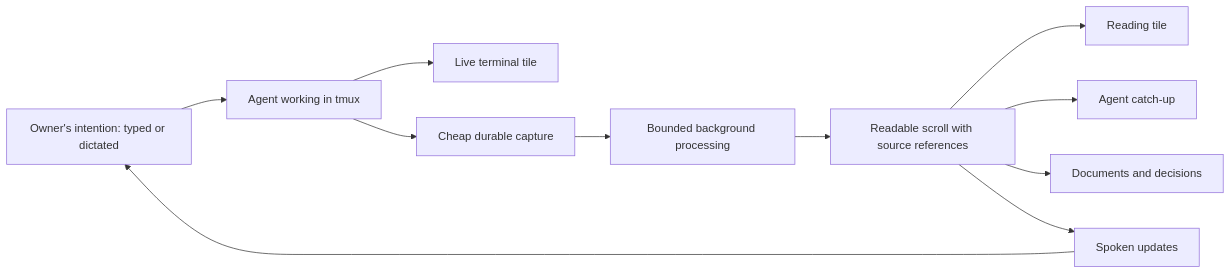
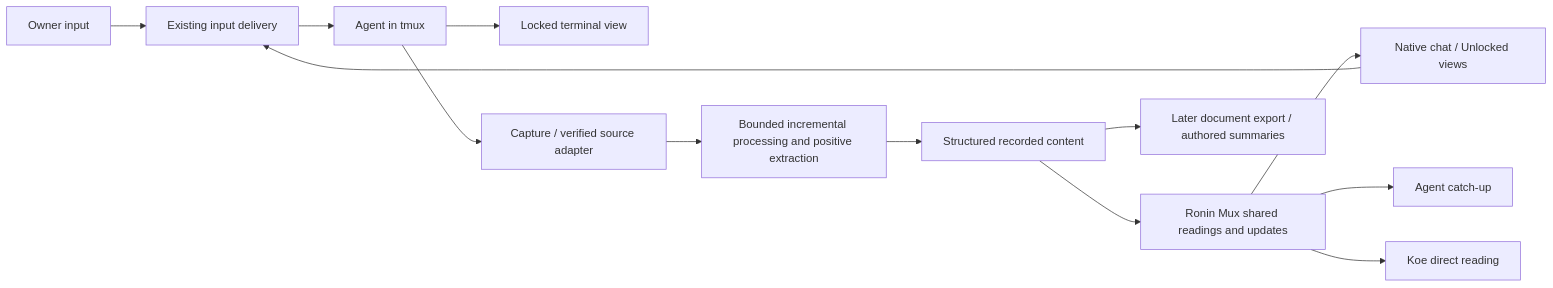
One commit to danich786/ronin-cowork changed the diagram in docs/tmux-content-strategy.md. Above: the diagram before and after it, drawn with Mermaid. The commit also changed other lines of this file and 1 other file, not shown here.

Commit message:
docs: consolidate Ronin Mux and recording end-to-end plan

````diff
--- a/docs/tmux-content-strategy.md
+++ b/docs/tmux-content-strategy.md
@@ -22,13 +44,15 @@
 ```mermaid
 flowchart LR
-  I[Owner's intention: typed or dictated] --> A[Agent working in tmux]
-  A --> L[Live terminal tile]
-  A --> R[Cheap durable capture]
-  R --> P[Bounded background processing]
-  P --> S[Readable scroll with source references]
-  S --> T[Reading tile]
-  S --> C[Agent catch-up]
-  S --> D[Documents and decisions]
-  S --> V[Spoken updates]
-  V --> I
+  I[Owner input] --> D[Existing input delivery]
+  D --> A[Agent in tmux]
+  A --> L[Locked terminal view]
+  A --> R[Capture / verified source adapter]
+  R --> P[Bounded incremental processing and positive extraction]
+  P --> S[Structured recorded content]
+  S --> M[Ronin Mux shared readings and updates]
+  M --> T[Native chat / Unlocked views]
+  M --> C[Agent catch-up]
+  M --> V[Koe direct reading]
+  S --> E[Later document export / authored summaries]
+  T --> D
 ```
````
